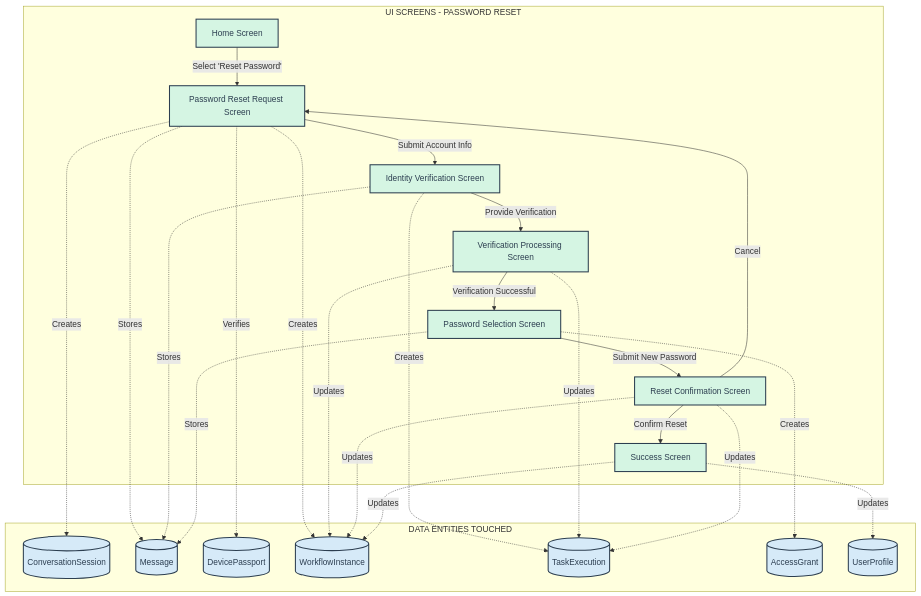
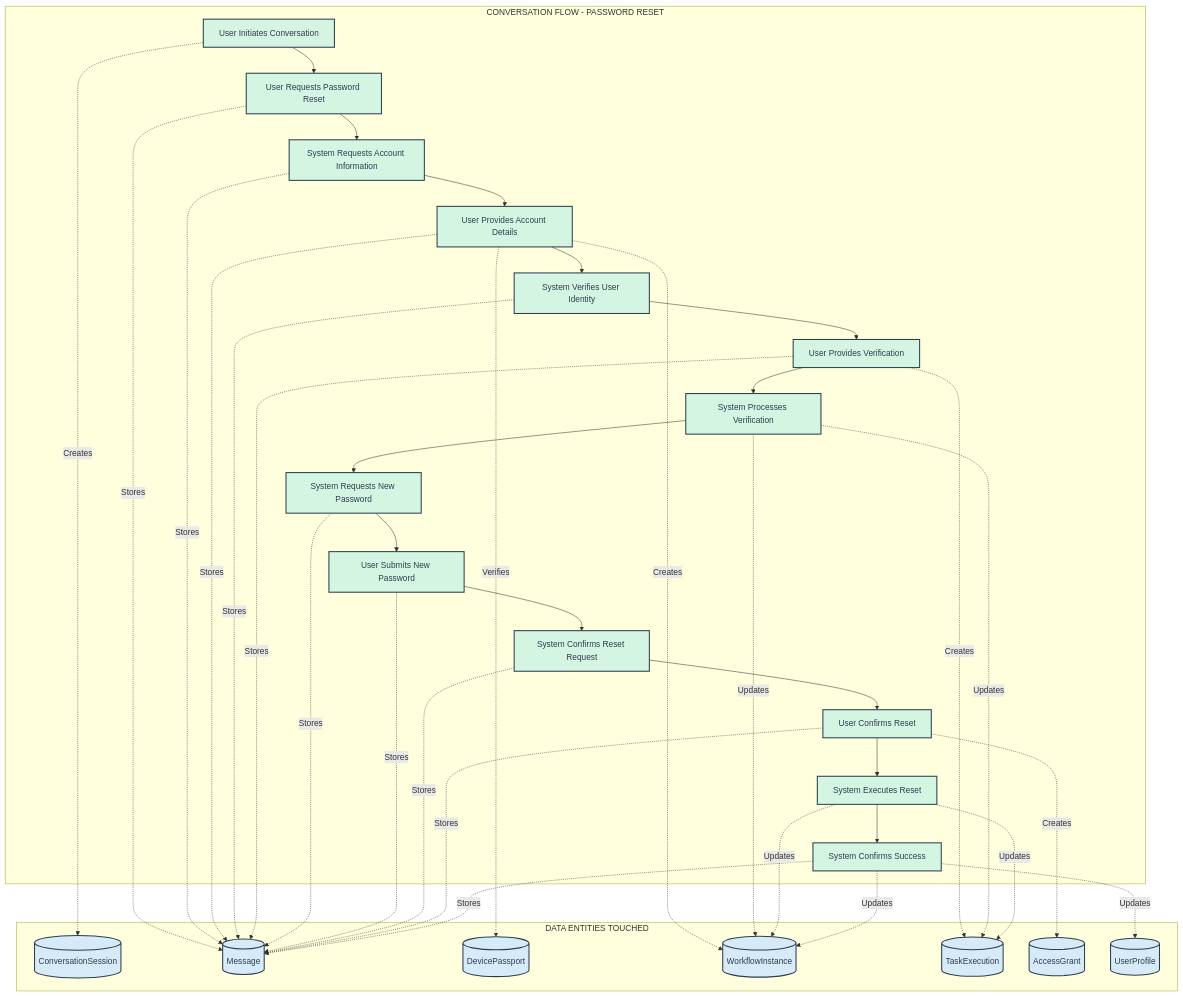
Before and after one commit to ME-ai-agents/docs_prod: the tenth of 31 diagrams in ME.AI Data Architecture and Flows.md, drawn with Mermaid. The commit also changed other lines of this file, not shown here.

Commit message:
Update ME.AI Data Architecture and Flows.md

````diff
--- a/ME.AI Data Architecture and Flows.md
+++ b/ME.AI Data Architecture and Flows.md
@@ -949,56 +997,61 @@
 ```mermaid
 flowchart TD
-    subgraph UI_FLOW["UI SCREENS - PASSWORD RESET"]
-        S1[Home Screen]
-        S2[Password Reset Request Screen]
-        S3[Identity Verification Screen]
-        S4[Verification Processing Screen]
-        S5[Password Selection Screen]
-        S6[Reset Confirmation Screen]
-        S7[Success Screen]
-        
-        S1 -->|"Select 'Reset Password'"| S2
-        S2 -->|"Submit Account Info"| S3
-        S3 -->|"Provide Verification"| S4
-        S4 -->|"Verification Successful"| S5
-        S5 -->|"Submit New Password"| S6
-        S6 -->|"Confirm Reset"| S7
-        S6 -->|"Cancel"| S2
+    subgraph CF["CONVERSATION FLOW - PASSWORD RESET"]
+        I1[User Initiates Conversation] --> I2[User Requests Password Reset]
+        I2 --> I3[System Requests Account Information]
+        I3 --> I4[User Provides Account Details]
+        I4 --> I5[System Verifies User Identity]
+        I5 --> I6[User Provides Verification]
+        I6 --> I7[System Processes Verification]
+        I7 --> I8[System Requests New Password]
+        I8 --> I9[User Submits New Password]
+        I9 --> I10[System Confirms Reset Request]
+        I10 --> I11[User Confirms Reset]
+        I11 --> I12[System Executes Reset]
+        I12 --> I13[System Confirms Success]
     end
     
-    subgraph DATA_FLOW["DATA ENTITIES TOUCHED"]
+    subgraph DF["DATA ENTITIES TOUCHED"]
         D1[(ConversationSession)]
         D2[(Message)]
         D3[(DevicePassport)]
         D4[(WorkflowInstance)]
         D5[(TaskExecution)]
         D6[(AccessGrant)]
         D7[(UserProfile)]
         
-        S2 -.->|"Creates"| D1
-        S2 -.->|"Stores"| D2
-        S2 -.->|"Verifies"| D3
-        S2 -.->|"Creates"| D4
+        I1 -.->|"Creates"| D1
+        I2 -.->|"Stores"| D2
+        I3 -.->|"Stores"| D2
+        I4 -.->|"Stores"| D2
+        I4 -.->|"Verifies"| D3
+        I4 -.->|"Creates"| D4
         
-        S3 -.->|"Stores"| D2
-        S3 -.->|"Creates"| D5
+        I5 -.->|"Stores"| D2
+        I6 -.->|"Stores"| D2
+        I6 -.->|"Creates"| D5
         
-        S4 -.->|"Updates"| D4
-        S4 -.->|"Updates"| D5
+        I7 -.->|"Updates"| D4
+        I7 -.->|"Updates"| D5
         
-        S5 -.->|"Stores"| D2
-        S5 -.->|"Creates"| D6
+        I8 -.->|"Stores"| D2
+        I9 -.->|"Stores"| D2
         
-        S6 -.->|"Updates"| D4
-        S6 -.->|"Updates"| D5
+        I10 -.->|"Stores"| D2
+        I11 -.->|"Stores"| D2
+        I11 -.->|"Creates"| D6
         
-        S7 -.->|"Updates"| D4
-        S7 -.->|"Updates"| D7
+        I12 -.->|"Updates"| D4
+        I12 -.->|"Updates"| D5
+        
+        I13 -.->|"Updates"| D4
+        I13 -.->|"Updates"| D7
+        I13 -.->|"Stores"| D2
     end
     
-    classDef uiScreen fill:#D5F5E3,stroke:#2C3E50,stroke-width:2px,color:#2C3E50
+    classDef convStep fill:#D5F5E3,stroke:#2C3E50,stroke-width:2px,color:#2C3E50
     classDef dataEntity fill:#D6EAF8,stroke:#2C3E50,stroke-width:2px,color:#2C3E50
     
-    class S1,S2,S3,S4,S5,S6,S7 uiScreen
+    class I1,I2,I3,I4,I5,I6,I7,I8,I9,I10,I11,I12,I13 convStep
     class D1,D2,D3,D4,D5,D6,D7 dataEntity
 ```
````
